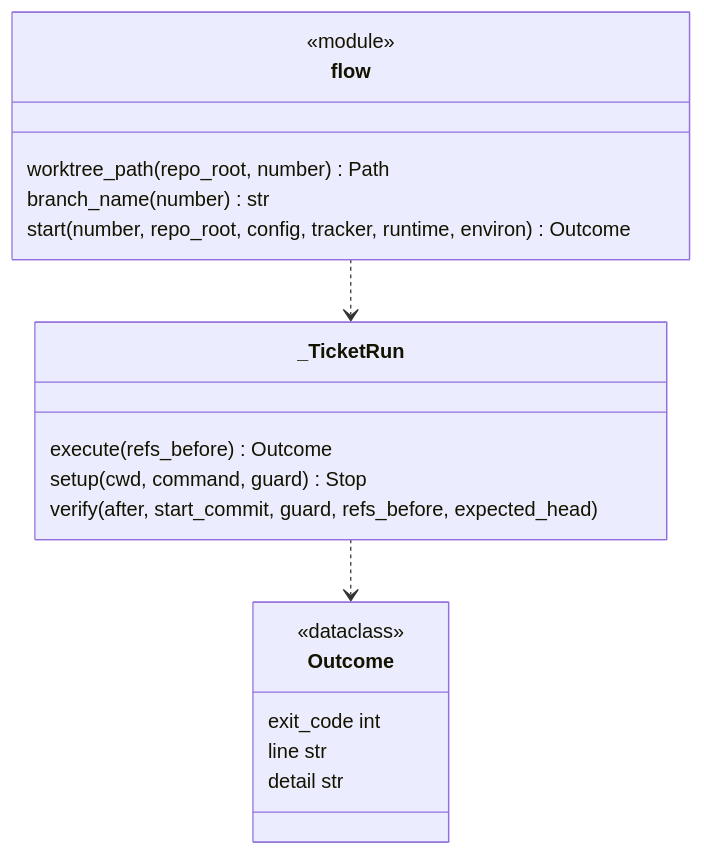
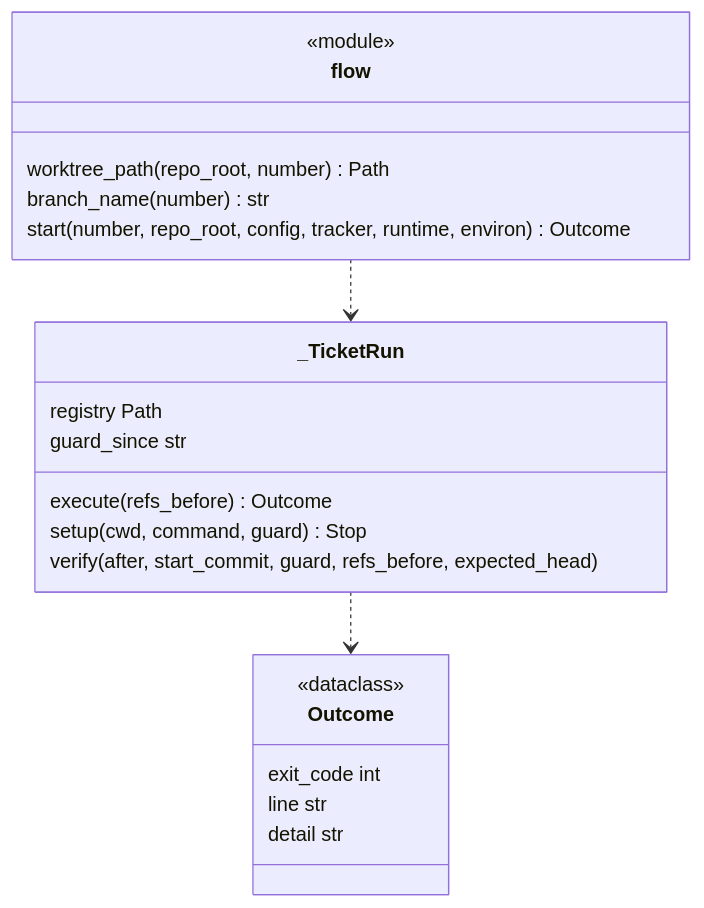
The second of 3 diagrams in docs/architecture/modules/flow.md (plaplanche/ariane), drawn with Mermaid before and after one commit. The commit also changed other lines of this file and 12 other files, not shown here.

````diff
--- a/docs/architecture/modules/flow.md
+++ b/docs/architecture/modules/flow.md
@@ -78,22 +80,24 @@
 ```mermaid
 classDiagram
 class Outcome {
   <<dataclass>>
   exit_code int
   line str
   detail str
 }
 class _TicketRun {
+  registry Path
+  guard_since str
   execute(refs_before) Outcome
   setup(cwd, command, guard) Stop
   verify(after, start_commit, guard, refs_before, expected_head)
 }
 class flow {
   <<module>>
   worktree_path(repo_root, number) Path
   branch_name(number) str
   start(number, repo_root, config, tracker, runtime, environ) Outcome
 }
 flow ..> _TicketRun
 _TicketRun ..> Outcome
 ```
````
